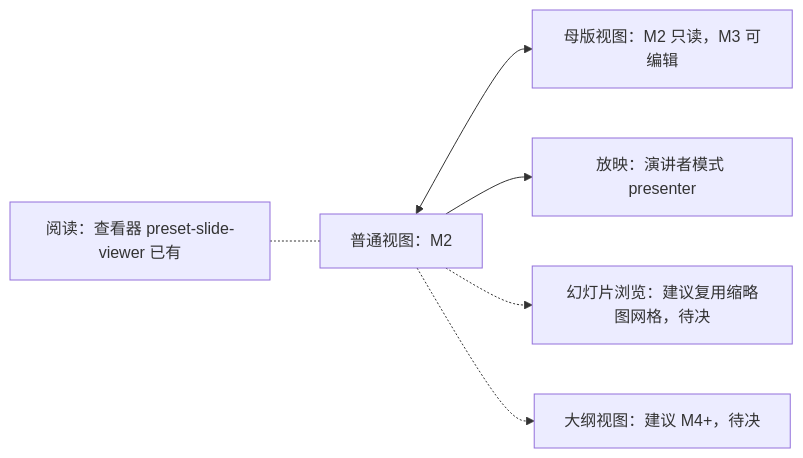
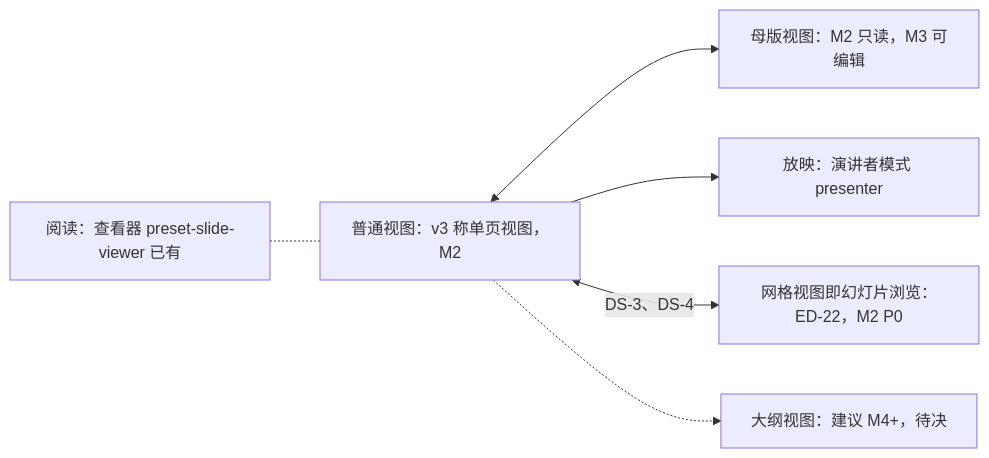
Diagram 20 of 35 in docs/50-frontend/18-editor-capabilities.md (Xeonice/cordis-ppt-editor), drawn with Mermaid before and after one commit. The commit also changed other lines of this file and 25 other files, not shown here.

````diff
--- a/docs/50-frontend/18-editor-capabilities.md
+++ b/docs/50-frontend/18-editor-capabilities.md
@@ -944,8 +962,8 @@
 ```mermaid
 flowchart LR
-  normal["普通视图：M2"] <--> master["母版视图：M2 只读，M3 可编辑"]
+  normal["普通视图：v3 称单页视图，M2"] <--> master["母版视图：M2 只读，M3 可编辑"]
   normal --> present["放映：演讲者模式 presenter"]
-  normal -.-> sorter["幻灯片浏览：建议复用缩略图网格，待决"]
+  normal <-->|"DS-3、DS-4"| sorter["网格视图即幻灯片浏览：ED-22，M2 P0"]
   normal -.-> outline["大纲视图：建议 M4+，待决"]
   viewer["阅读：查看器 preset-slide-viewer 已有"] -.- normal
 ```
````
